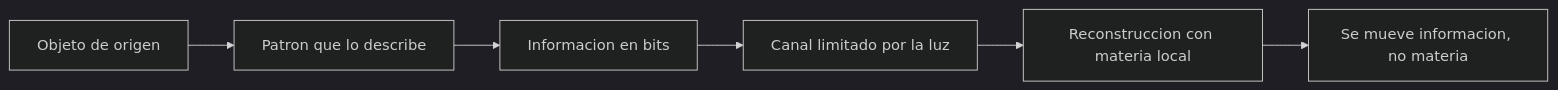
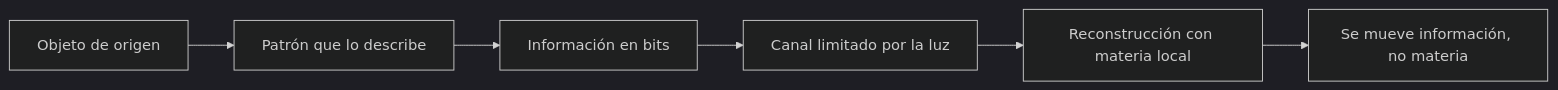
Before and after one commit to vladimiracunadev-create/machine-operator-program: the diagram in vehiculos-fantasticos/teletransportador/recursos/recursos-teletransportador.md, drawn with Mermaid (dark theme). The commit also changed other lines of this file and 442 other files, not shown here.

````diff
--- a/vehiculos-fantasticos/teletransportador/recursos/recursos-teletransportador.md
+++ b/vehiculos-fantasticos/teletransportador/recursos/recursos-teletransportador.md
@@ -31,8 +31,8 @@
 ```mermaid
 flowchart LR
-    Objeto[Objeto de origen] --> Patron[Patron que lo describe]
-    Patron --> Datos[Informacion en bits]
+    Objeto[Objeto de origen] --> Patron[Patrón que lo describe]
+    Patron --> Datos[Información en bits]
     Datos --> Canal[Canal limitado por la luz]
-    Canal --> Destino[Reconstruccion con materia local]
-    Destino --> Idea[Se mueve informacion, no materia]
+    Canal --> Destino[Reconstrucción con materia local]
+    Destino --> Idea[Se mueve información, no materia]
 ```
````
